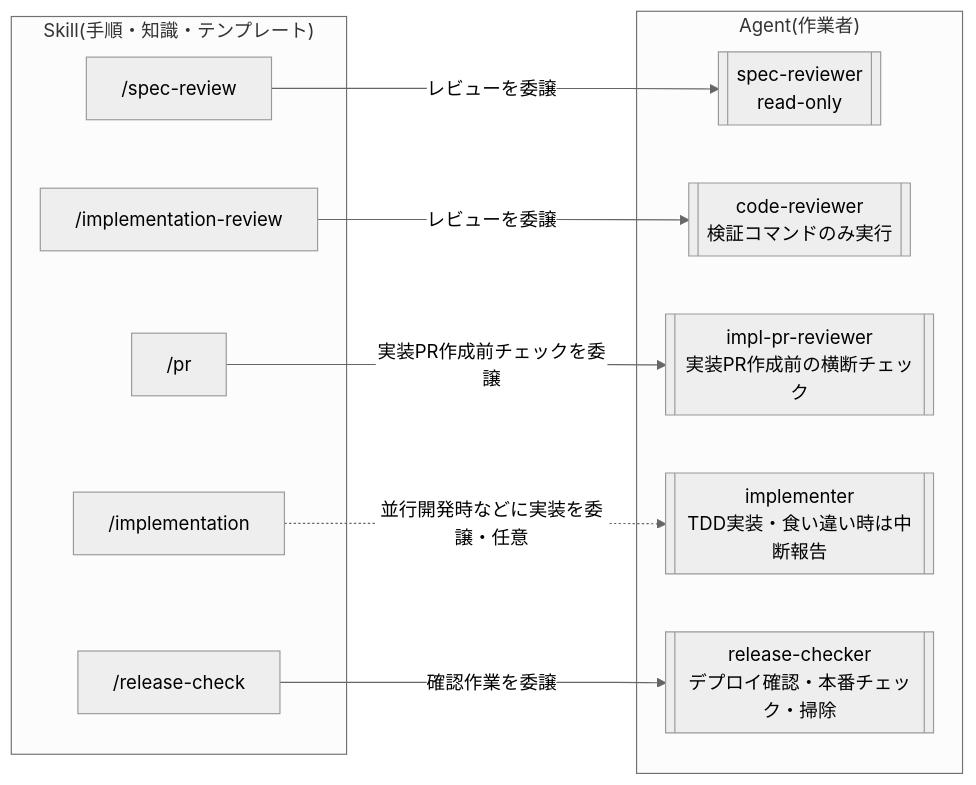
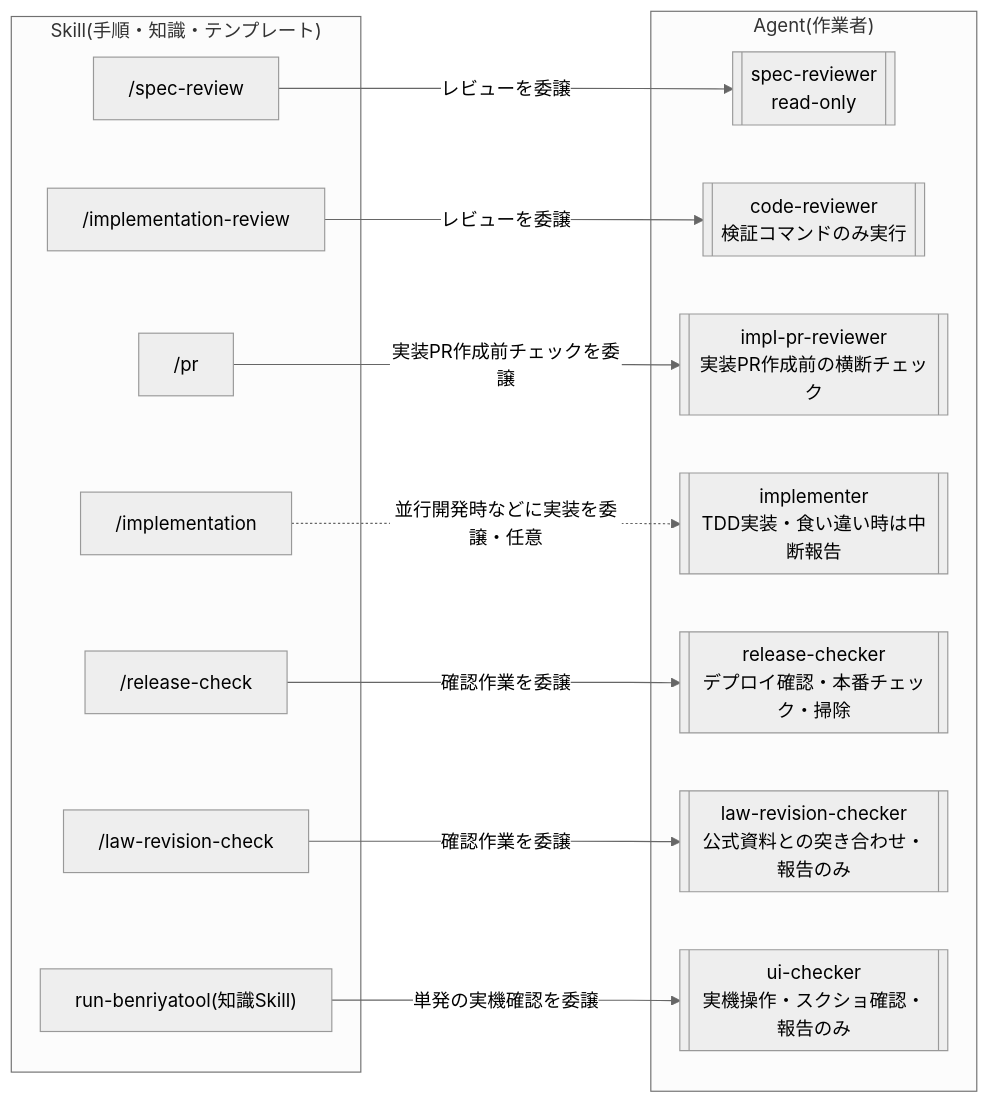
Before and after one commit to zakiyama0108/benriyatool: the third of 3 diagrams in docs/adr/0002-skill-agent-separation.md, drawn with Mermaid (neutral theme). The commit also changed other lines of this file and 11 other files, not shown here.

First line of the commit message:
docs: law-revision-checker・ui-checkerエージェント追加+spec-audit廃止 (#89)

````diff
--- a/docs/adr/0002-skill-agent-separation.md
+++ b/docs/adr/0002-skill-agent-separation.md
@@ -108,24 +109,30 @@
 ```mermaid
 flowchart LR
     subgraph skills["Skill(手順・知識・テンプレート)"]
         s_specreview["/spec-review"]
         s_implreview["/implementation-review"]
         s_pr["/pr"]
         s_impl["/implementation"]
         s_release["/release-check"]
+        s_lawcheck["/law-revision-check"]
+        s_run["run-benriyatool(知識Skill)"]
     end
 
     subgraph agents["Agent(作業者)"]
         specreviewer[["spec-reviewer<br>read-only"]]
         codereviewer[["code-reviewer<br>検証コマンドのみ実行"]]
         implprreviewer[["impl-pr-reviewer<br>実装PR作成前の横断チェック"]]
         implementer[["implementer<br>TDD実装・食い違い時は中断報告"]]
         releasechecker[["release-checker<br>デプロイ確認・本番チェック・掃除"]]
+        lawrevchecker[["law-revision-checker<br>公式資料との突き合わせ・報告のみ"]]
+        uichecker[["ui-checker<br>実機操作・スクショ確認・報告のみ"]]
     end
 
     s_specreview -->|レビューを委譲| specreviewer
     s_implreview -->|レビューを委譲| codereviewer
     s_pr -->|実装PR作成前チェックを委譲| implprreviewer
     s_impl -.並行開発時などに実装を委譲・任意.-> implementer
     s_release -->|確認作業を委譲| releasechecker
+    s_lawcheck -->|確認作業を委譲| lawrevchecker
+    s_run -->|単発の実機確認を委譲| uichecker
 ```
````
